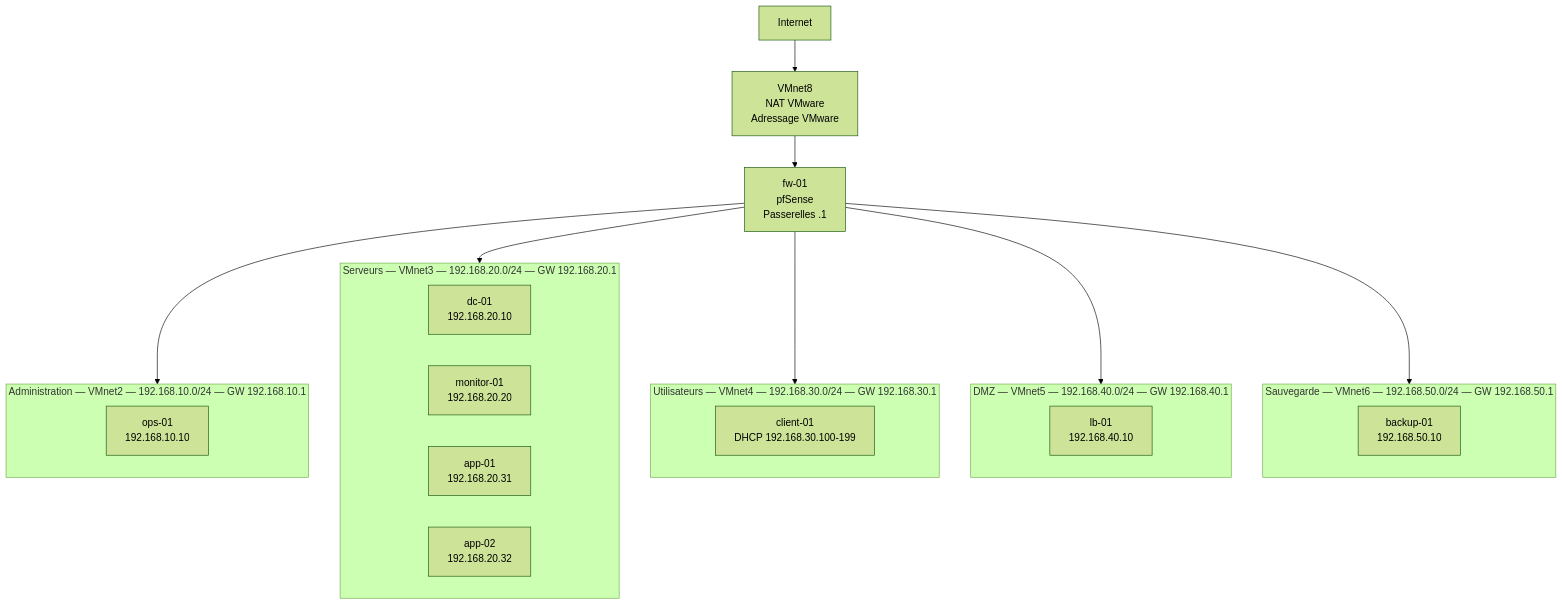
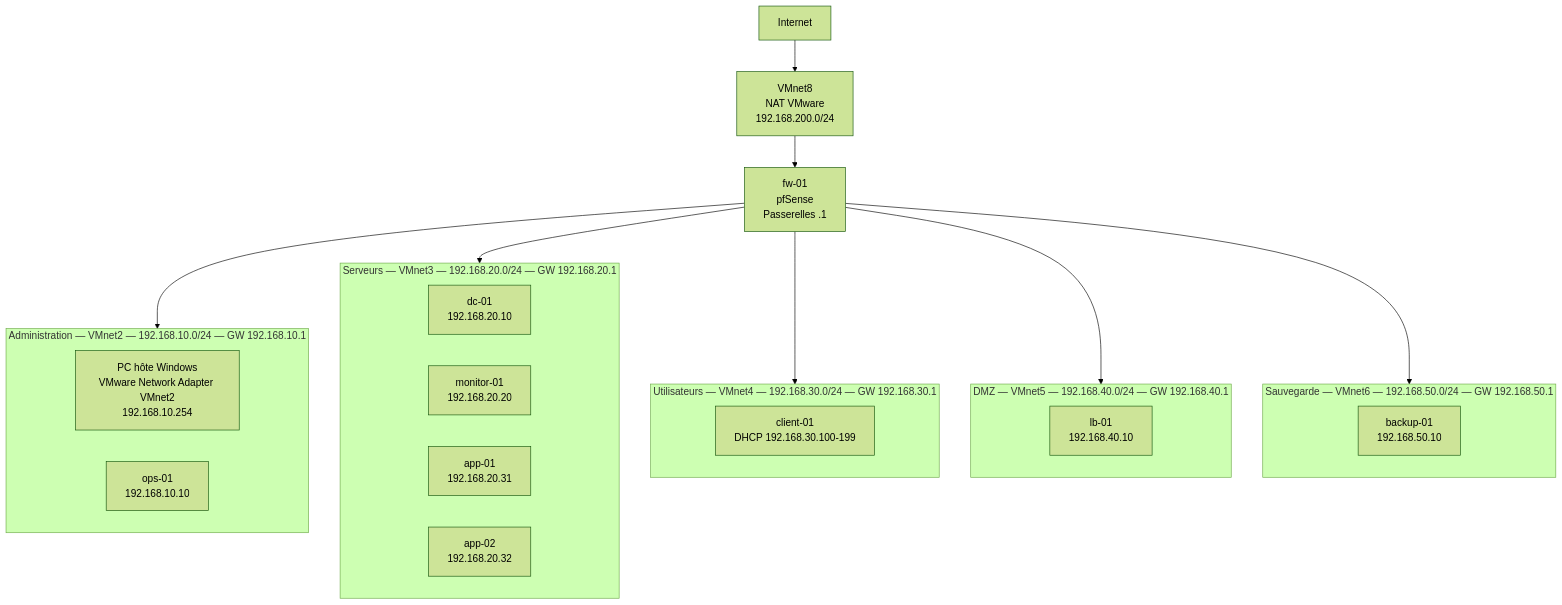
Before and after one commit to tchamenistyven/secureops-enterprise-lab: the diagram in diagrams/architecture-reseau.md, drawn with Mermaid (forest theme). The commit also changed other lines of this file and 4 other files, not shown here.

Commit message:
docs: record VMware virtual network configuration

````diff
--- a/diagrams/architecture-reseau.md
+++ b/diagrams/architecture-reseau.md
@@ -5,37 +5,38 @@
 ```mermaid
 flowchart TB
     INTERNET[Internet]
-    NAT[VMnet8<br/>NAT VMware<br/>Adressage VMware]
+    NAT[VMnet8<br/>NAT VMware<br/>192.168.200.0/24]
     FW[fw-01<br/>pfSense<br/>Passerelles .1]
 
     INTERNET --> NAT --> FW
 
     subgraph ADMIN["Administration — VMnet2 — 192.168.10.0/24 — GW 192.168.10.1"]
+        HOST[PC hôte Windows<br/>VMware Network Adapter VMnet2<br/>192.168.10.254]
         OPS[ops-01<br/>192.168.10.10]
     end
 
     subgraph SERVERS["Serveurs — VMnet3 — 192.168.20.0/24 — GW 192.168.20.1"]
         DC[dc-01<br/>192.168.20.10]
         MON[monitor-01<br/>192.168.20.20]
         APP1[app-01<br/>192.168.20.31]
         APP2[app-02<br/>192.168.20.32]
     end
 
     subgraph USERS["Utilisateurs — VMnet4 — 192.168.30.0/24 — GW 192.168.30.1"]
         CLIENT[client-01<br/>DHCP 192.168.30.100-199]
     end
 
     subgraph DMZ["DMZ — VMnet5 — 192.168.40.0/24 — GW 192.168.40.1"]
         LB[lb-01<br/>192.168.40.10]
     end
 
     subgraph BACKUPS["Sauvegarde — VMnet6 — 192.168.50.0/24 — GW 192.168.50.1"]
         BACKUP[backup-01<br/>192.168.50.10]
     end
 
     FW --> ADMIN
     FW --> SERVERS
     FW --> USERS
     FW --> DMZ
     FW --> BACKUPS
 ```
````
